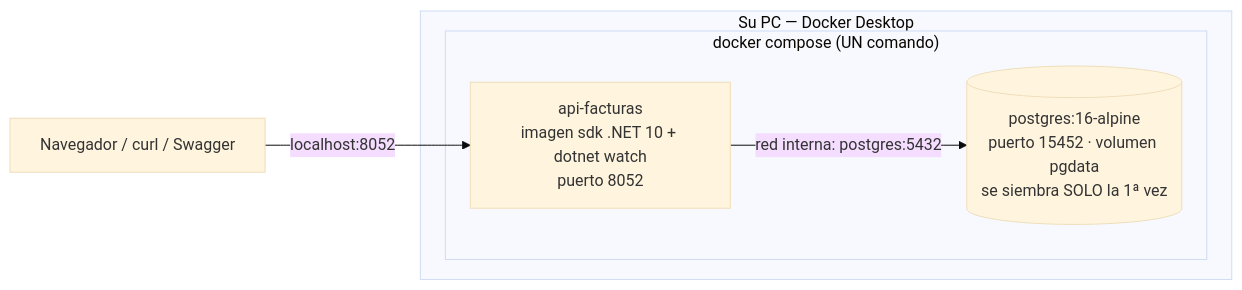
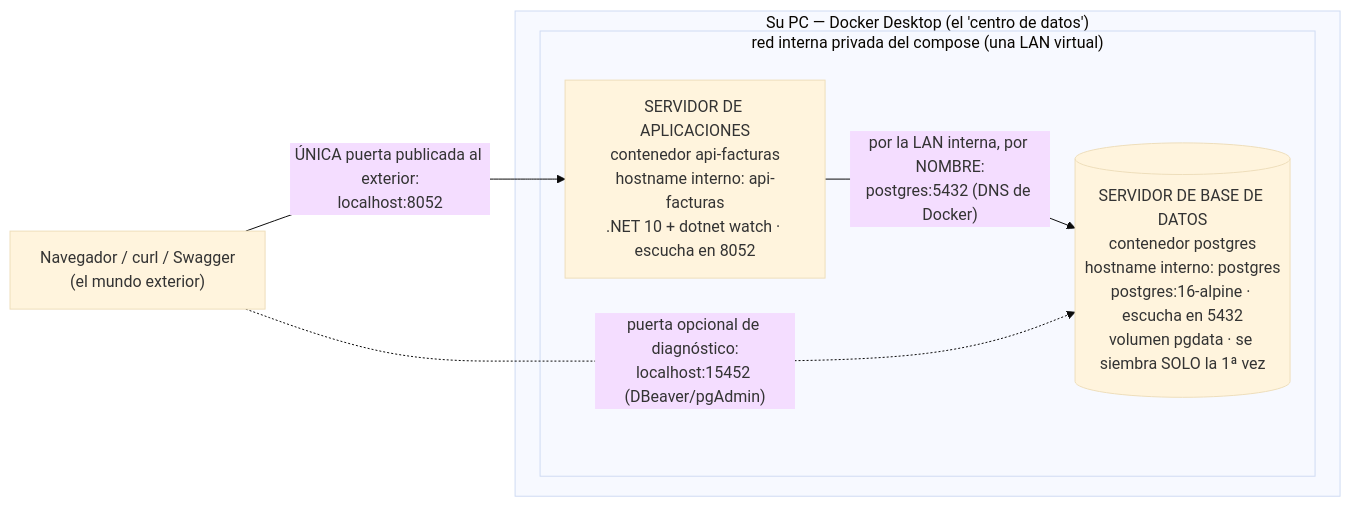
The first of 3 diagrams in docs/spec_kit/versiones/v1_producto_postgres/3_plan.md (ccastro2050/proyecto_diseno_de_software1), drawn with Mermaid (base theme) before and after one commit. The commit also changed other lines of this file, not shown here.

Commit message:
3_plan v1: el diagrama de despliegue ahora muestra Docker como sistema de servidores (LAN interna, hostnames, DNS de Docker y puertas publicadas)

````diff
--- a/docs/spec_kit/versiones/v1_producto_postgres/3_plan.md
+++ b/docs/spec_kit/versiones/v1_producto_postgres/3_plan.md
@@ -72,12 +76,13 @@
 ```mermaid
 flowchart LR
-    NAV["Navegador / curl / Swagger"]
-    subgraph PC["Su PC — Docker Desktop"]
-        subgraph COMP["docker compose (UN comando)"]
-            API["api-facturas<br/>imagen sdk .NET 10 + dotnet watch<br/>puerto 8052"]
-            PG[("postgres:16-alpine<br/>puerto 15452 · volumen pgdata<br/>se siembra SOLO la 1ª vez")]
+    NAV["Navegador / curl / Swagger<br/>(el mundo exterior)"]
+    subgraph PC["Su PC — Docker Desktop (el 'centro de datos')"]
+        subgraph RED["red interna privada del compose (una LAN virtual)"]
+            API["SERVIDOR DE APLICACIONES<br/>contenedor api-facturas<br/>hostname interno: api-facturas<br/>.NET 10 + dotnet watch · escucha en 8052"]
+            PG[("SERVIDOR DE BASE DE DATOS<br/>contenedor postgres<br/>hostname interno: postgres<br/>postgres:16-alpine · escucha en 5432<br/>volumen pgdata · se siembra SOLO la 1ª vez")]
         end
     end
-    NAV -->|"localhost:8052"| API
-    API -->|"red interna: postgres:5432"| PG
+    NAV -->|"ÚNICA puerta publicada al exterior:<br/>localhost:8052"| API
+    API -->|"por la LAN interna, por NOMBRE:<br/>postgres:5432 (DNS de Docker)"| PG
+    NAV -.->|"puerta opcional de diagnóstico:<br/>localhost:15452 (DBeaver/pgAdmin)"| PG
 ```
````
